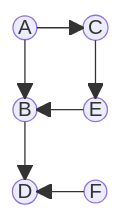
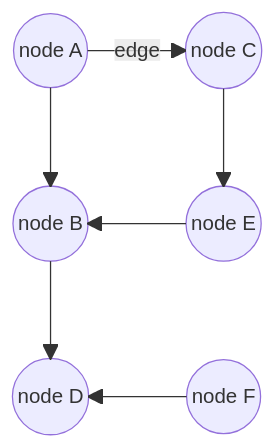
One commit to BradleyGilden/DSA-Practice changed the diagram in Graphs/GraphsSummary.md. Above: the diagram before and after it, drawn with Mermaid.

Commit message:
readmeupdate

````diff
--- a/Graphs/GraphsSummary.md
+++ b/Graphs/GraphsSummary.md
@@ -6,16 +6,16 @@
 ```mermaid
   block-beta
   columns 3
-  A(("A")) space C(("C"))
+  A(("node A")) space C(("node C"))
   space space space
-  B(("B")) space E(("E"))
+  B(("node B")) space E(("node E"))
   space space space
-  D(("D")) space F(("F"))
-  A-->C
+  D(("node D")) space F(("node F"))
+  A--"edge"-->C
   C-->E
   E-->B
   A-->B
   F-->D
   B-->D
 
 ```
````
